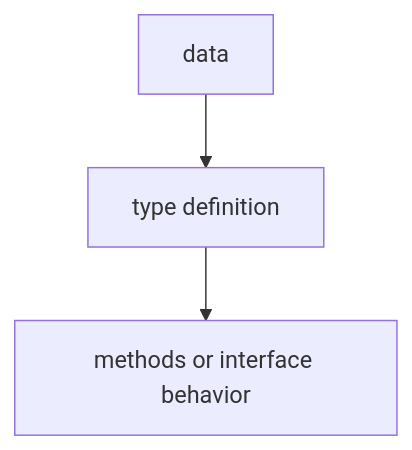
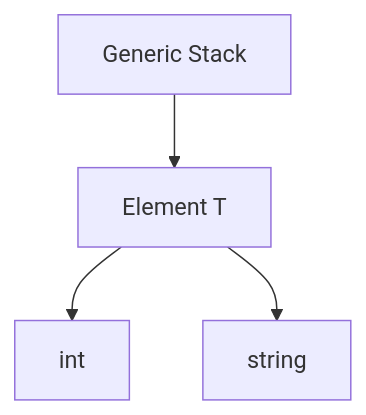
The diagram in 04-types-design/15-generic-data-structures/README.md (rasel9t6/the-go-engineer), drawn with Mermaid before and after one commit. The commit also changed other lines of this file and 84 other files, not shown here.

````diff
--- a/04-types-design/15-generic-data-structures/README.md
+++ b/04-types-design/15-generic-data-structures/README.md
@@ -24,5 +20,6 @@
 ```mermaid
 graph TD
-    A["data"] --> B["type definition"]
-    B --> C["methods or interface behavior"]
+    A[Generic Stack] --> B[Element T]
+    B --> C[int]
+    B --> D[string]
 ```
````
